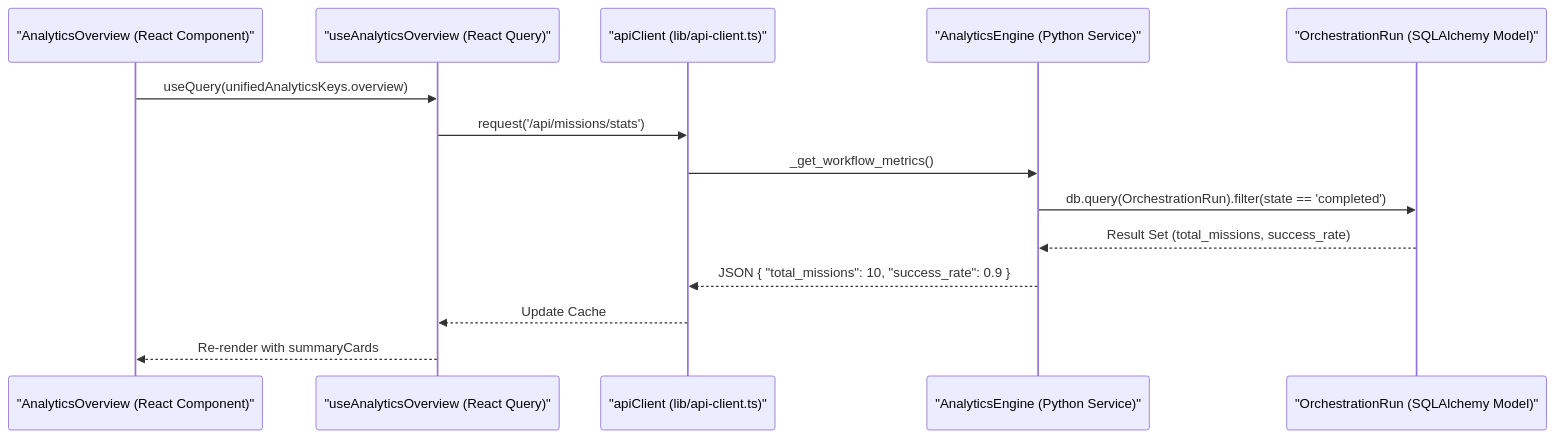
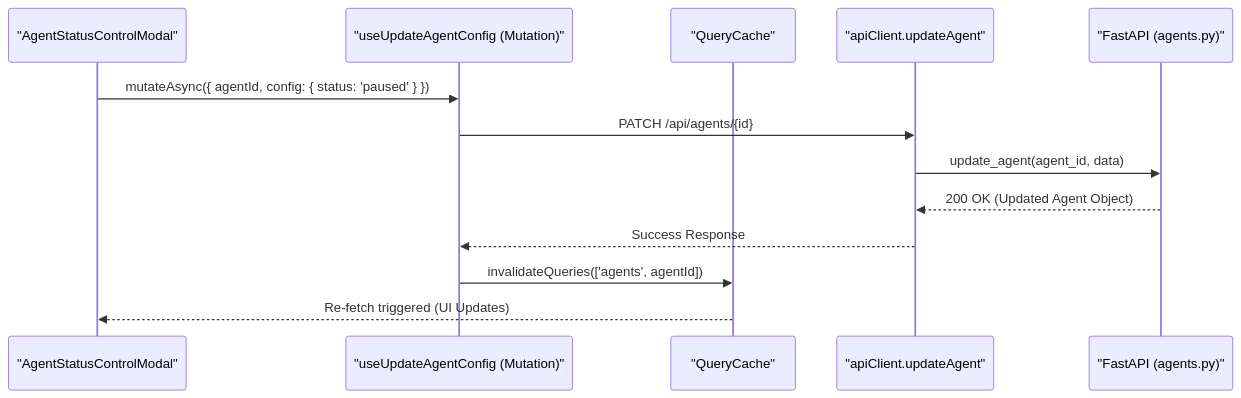
Before and after one commit to AutomatosAI/automatos-ai: the second of 2 diagrams in docs/frontend-architecture/state-management.md, drawn with Mermaid. The commit also changed other lines of this file and 153 other files, not shown here.

````diff
--- a/docs/frontend-architecture/state-management.md
+++ b/docs/frontend-architecture/state-management.md
@@ -165,17 +116,16 @@
 ```mermaid
 sequenceDiagram
-    participant UI as "AnalyticsOverview (React Component)"
-    participant Hook as "useAnalyticsOverview (React Query)"
-    participant Client as "apiClient (lib/api-client.ts)"
-    participant Engine as "AnalyticsEngine (Python Service)"
-    participant DB as "OrchestrationRun (SQLAlchemy Model)"
+    participant UI as "AgentStatusControlModal"
+    participant Mut as "useUpdateAgentConfig (Mutation)"
+    participant Cache as "QueryCache"
+    participant API as "apiClient.updateAgent"
+    participant BE as "FastAPI (agents.py)"
 
-    UI->>Hook: useQuery(unifiedAnalyticsKeys.overview)
-    Hook->>Client: request('/api/missions/stats')
-    Client->>Engine: _get_workflow_metrics()
-    Engine->>DB: db.query(OrchestrationRun).filter(state == 'completed')
-    DB-->>Engine: Result Set (total_missions, success_rate)
-    Engine-->>Client: JSON { "total_missions": 10, "success_rate": 0.9 }
-    Client-->>Hook: Update Cache
-    Hook-->>UI: Re-render with summaryCards
+    UI->>Mut: mutateAsync({ agentId, config: { status: 'paused' } })
+    Mut->>API: PATCH /api/agents/{id}
+    API->>BE: update_agent(agent_id, data)
+    BE-->>API: 200 OK (Updated Agent Object)
+    API-->>Mut: Success Response
+    Mut->>Cache: invalidateQueries(['agents', agentId])
+    Cache-->>UI: Re-fetch triggered (UI Updates)
 ```
````
